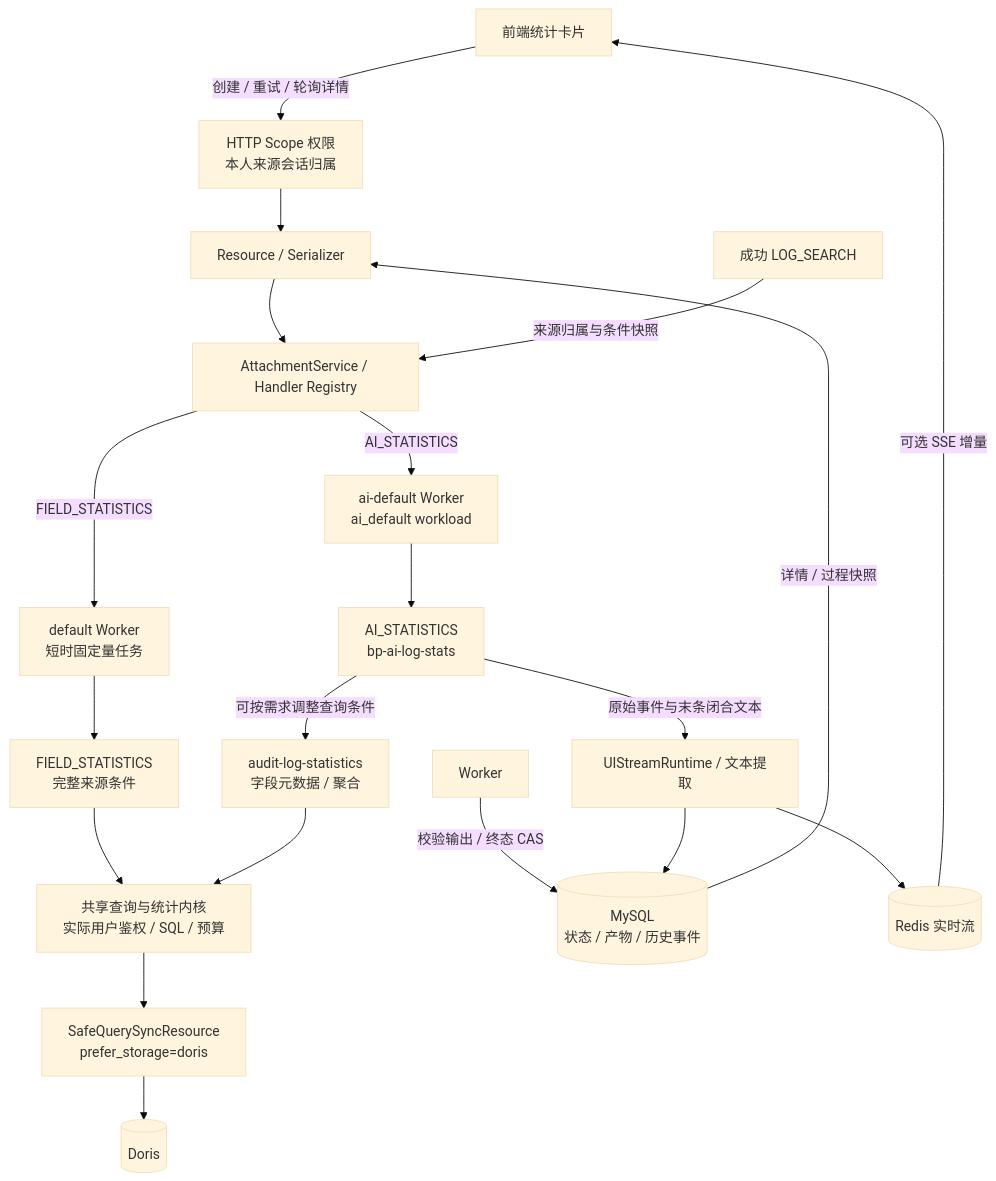
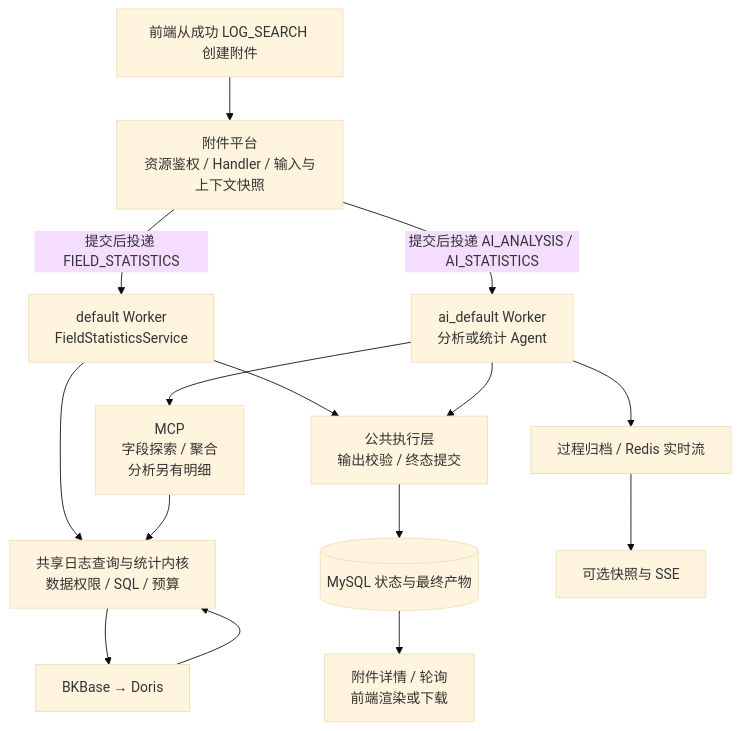
Before and after one commit to TencentBlueKing/bk-audit: the diagram in src/backend/services/web/ai_assistant/docs/architecture.md, drawn with Mermaid (base theme). The commit also changed other lines of this file and 6 other files, not shown here.

````diff
--- a/src/backend/services/web/ai_assistant/docs/architecture.md
+++ b/src/backend/services/web/ai_assistant/docs/architecture.md
@@ -49,22 +40,17 @@
 ```mermaid
 flowchart TD
-    UI[前端统计卡片] -->|创建 / 重试 / 轮询详情| Permission[HTTP Scope 权限<br/>本人来源会话归属]
-    Permission --> API[Resource / Serializer]
-    API --> Service[AttachmentService / Handler Registry]
-    Source[成功 LOG_SEARCH] -->|来源归属与条件快照| Service
-    Service -->|FIELD_STATISTICS| DefaultWorker[default Worker<br/>短时固定量任务]
-    Service -->|AI_STATISTICS| AIWorker[ai-default Worker<br/>ai_default workload]
-    DefaultWorker --> Program[FIELD_STATISTICS<br/>完整来源条件]
-    AIWorker --> AI[AI_STATISTICS<br/>bp-ai-log-stats]
-    Program --> Kernel[共享查询与统计内核<br/>实际用户鉴权 / SQL / 预算]
-    AI -->|可按需求调整查询条件| MCP[audit-log-statistics<br/>字段元数据 / 聚合]
-    MCP --> Kernel
-    Kernel --> BKBase[SafeQuerySyncResource<br/>prefer_storage=doris]
-    BKBase --> Doris[(Doris)]
-    Worker -->|校验输出 / 终态 CAS| DB[(MySQL<br/>状态 / 产物 / 历史事件)]
-    AI -->|原始事件与末条闭合文本| Stream[UIStreamRuntime / 文本提取]
-    Stream --> DB
-    Stream --> Redis[(Redis 实时流)]
-    DB -->|详情 / 过程快照| API
-    Redis -->|可选 SSE 增量| UI
+    UI[前端从成功 LOG_SEARCH 创建附件] --> Platform[附件平台<br/>资源鉴权 / Handler / 输入与上下文快照]
+    Platform -->|提交后投递 FIELD_STATISTICS| Program[default Worker<br/>FieldStatisticsService]
+    Platform -->|提交后投递 AI_ANALYSIS / AI_STATISTICS| Agent[ai_default Worker<br/>分析或统计 Agent]
+    Program --> Query[共享日志查询与统计内核<br/>数据权限 / SQL / 预算]
+    Agent --> Tools[MCP<br/>字段探索 / 聚合<br/>分析另有明细]
+    Tools --> Query
+    Query --> Engine[BKBase → Doris]
+    Engine --> Query
+    Program --> Result[公共执行层<br/>输出校验 / 终态提交]
+    Agent --> Result
+    Result --> DB[(MySQL 状态与最终产物)]
+    Agent --> Stream[过程归档 / Redis 实时流]
+    Stream --> Process[可选快照与 SSE]
+    DB --> Render[附件详情 / 轮询<br/>前端渲染或下载]
 ```
````
